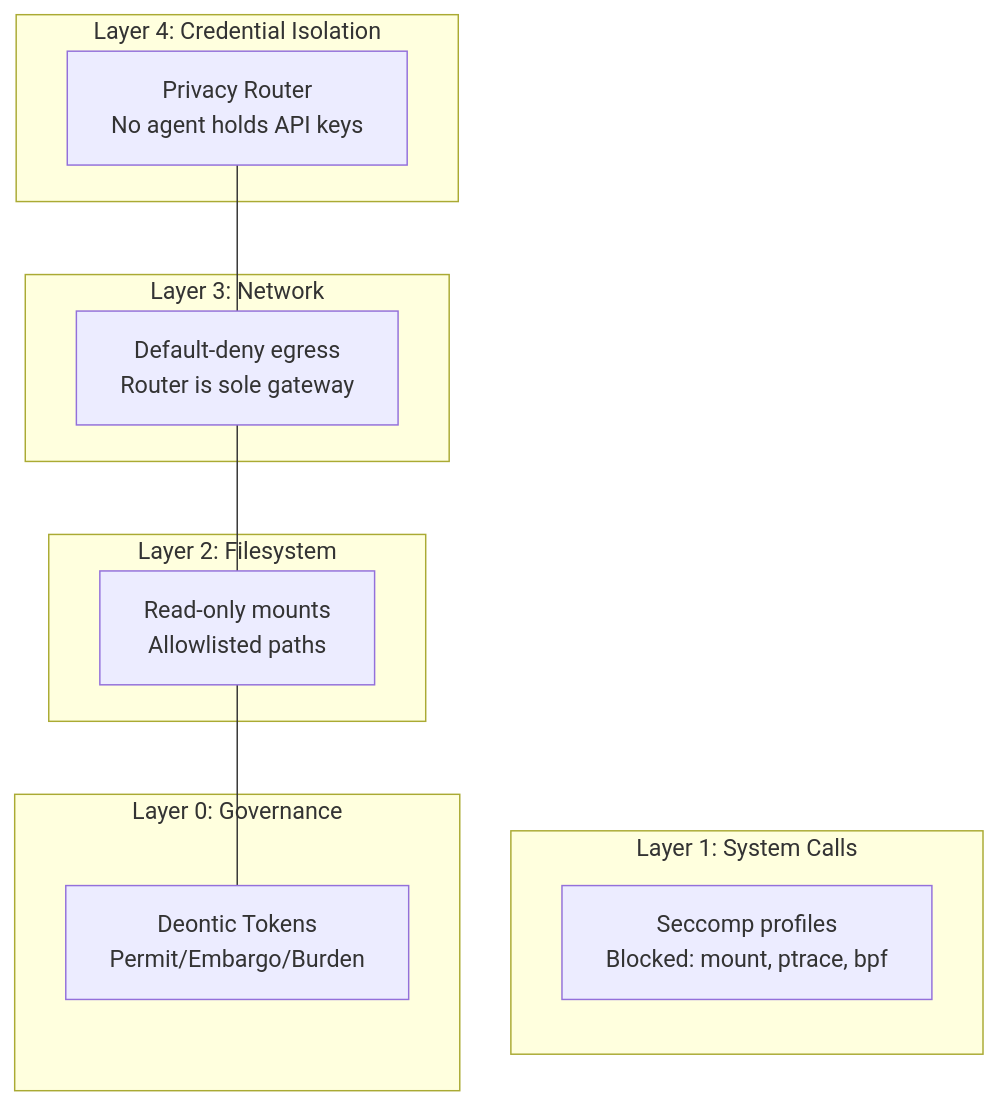
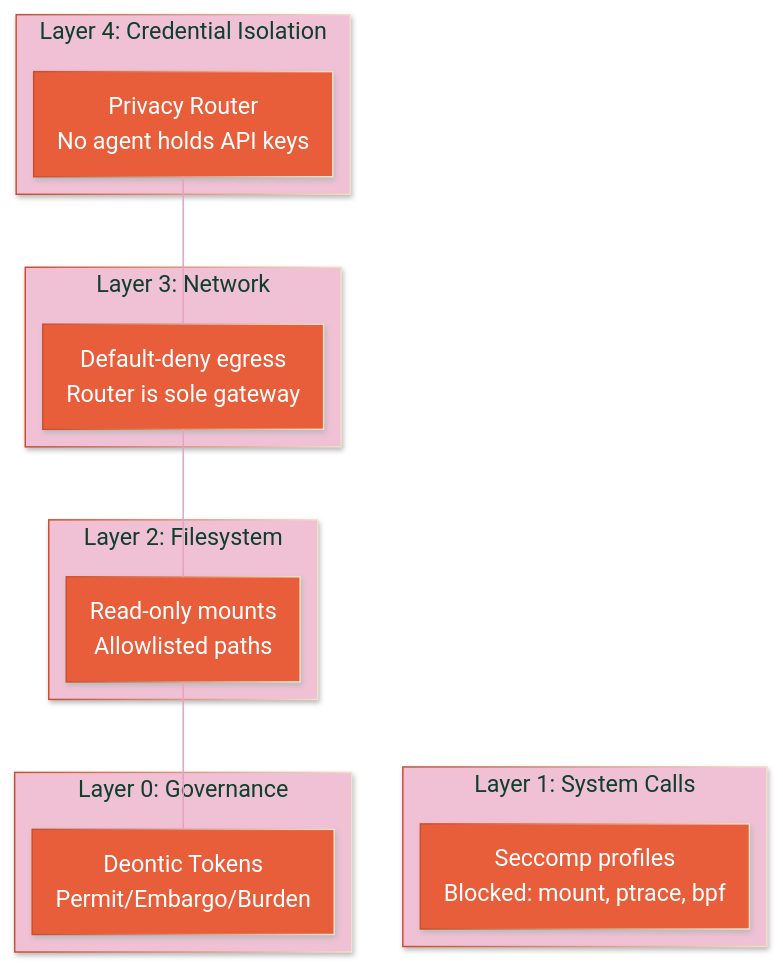
Before and after one commit to thepragmatik/echelon: the diagram in docs/user-guide/security.md, drawn with Mermaid. The commit also changed 4 other files, not shown here.

Commit message:
feat: ELK layout + neo look + coral theme on all Mermaid diagrams

````diff
--- a/docs/user-guide/security.md
+++ b/docs/user-guide/security.md
@@ -7,19 +7,33 @@
 ```mermaid
+%%{init: {
+  'layout': 'elk',
+  'look': 'neo',
+  'theme': 'base',
+  'themeVariables': {
+    'primaryColor': '#E85D3A',
+    'primaryTextColor': '#FFFFFF',
+    'primaryBorderColor': '#C94D2E',
+    'lineColor': '#E8A0BF',
+    'secondaryColor': '#FFF8F0',
+    'tertiaryColor': '#F0C0D4',
+    'fontFamily': 'Inter, sans-serif'
+  }
+}}%%
 graph BT
     subgraph "Layer 4: Credential Isolation"
         CI[Privacy Router<br/>No agent holds API keys]
     end
     subgraph "Layer 3: Network"
         ND[Default-deny egress<br/>Router is sole gateway]
     end
     subgraph "Layer 2: Filesystem"
         FA[Read-only mounts<br/>Allowlisted paths]
     end
     subgraph "Layer 1: System Calls"
         SC[Seccomp profiles<br/>Blocked: mount, ptrace, bpf]
     end
     subgraph "Layer 0: Governance"
         DT[Deontic Tokens<br/>Permit/Embargo/Burden]
     end
     DT --- FA --- ND --- CI
 ```
````
